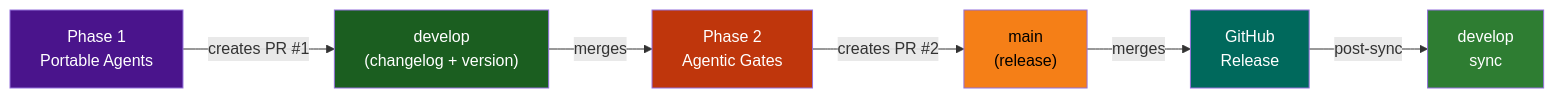
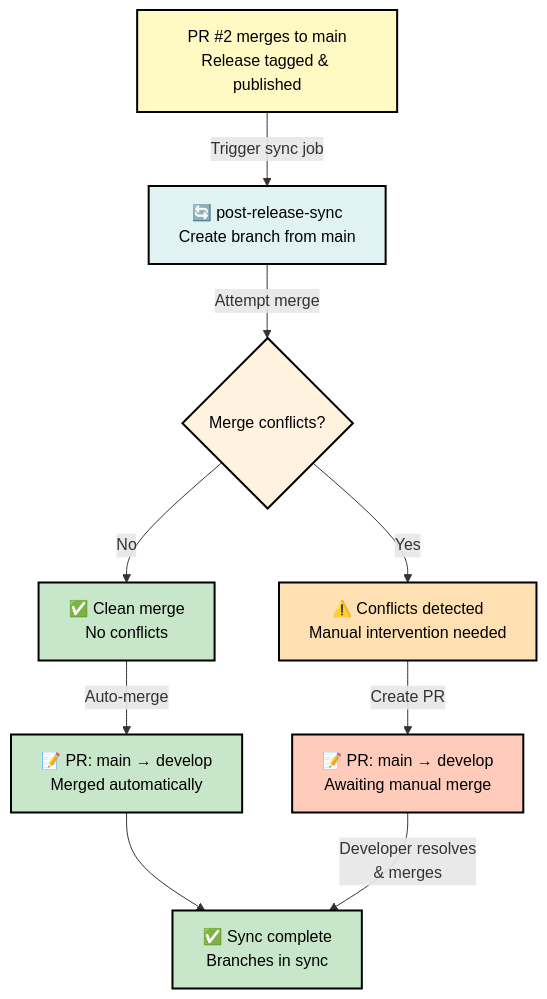
Before and after one commit to lightspeedwp/.github: the third of 4 diagrams in docs/RELEASE_PROCESS.md, drawn with Mermaid. The commit also changed other lines of this file and 1240 other files, not shown here.

First line of the commit message:
feat: Project Meta Sync Agent v2 — Phase 5B Complete (Spec, Prompt, Package, Tests) (#1976)

````diff
--- a/docs/RELEASE_PROCESS.md
+++ b/docs/RELEASE_PROCESS.md
@@ -49,17 +289,22 @@
 ```mermaid
-graph LR
-  accTitle: Two-Phase Release Process
-  accDescr: Phase 1 creates PR on develop with changelog and version, Phase 2 creates PR on main for release
-    A["Phase 1<br/>Portable Agents"] -->|creates PR #1| B["develop<br/>(changelog + version)"]
-    B -->|merges| C["Phase 2<br/>Agentic Gates"]
-    C -->|creates PR #2| D["main<br/>(release)"]
-    D -->|merges| E["GitHub<br/>Release"]
-    E -->|post-sync| F["develop<br/>sync"]
+flowchart TD
+    accTitle: Post-release sync flow
+    accDescr: Automatic merge of main into develop after release, handling conflicts with manual PR if needed
+    A["PR #2 merges to main<br/>Release tagged & published"] -->|Trigger sync job| B["🔄 post-release-sync<br/>Create branch from main"]
+    B -->|Attempt merge| C{Merge conflicts?}
+    C -->|No| D["✅ Clean merge<br/>No conflicts"]
+    C -->|Yes| E["⚠️ Conflicts detected<br/>Manual intervention needed"]
+    D -->|Auto-merge| F["📝 PR: main → develop<br/>Merged automatically"]
+    F --> G["✅ Sync complete<br/>Branches in sync"]
+    E -->|Create PR| H["📝 PR: main → develop<br/>Awaiting manual merge"]
+    H -->|Developer resolves<br/>& merges| G
     
-    style A fill:#4a148c,color:#fff
-    style B fill:#1b5e20,color:#fff
-    style C fill:#bf360c,color:#fff
-    style D fill:#f57f17,color:#000
-    style E fill:#00695c,color:#fff
-    style F fill:#2e7d32,color:#fff
+    style A fill:#fff9c4,color:#000,stroke:#000,stroke-width:2px
+    style B fill:#e0f2f1,color:#000,stroke:#000,stroke-width:2px
+    style C fill:#fff3e0,color:#000,stroke:#000,stroke-width:2px
+    style D fill:#c8e6c9,color:#000,stroke:#000,stroke-width:2px
+    style E fill:#ffe0b2,color:#000,stroke:#000,stroke-width:2px
+    style F fill:#c8e6c9,color:#000,stroke:#000,stroke-width:2px
+    style G fill:#c8e6c9,color:#000,stroke:#000,stroke-width:2px
+    style H fill:#ffccbc,color:#000,stroke:#000,stroke-width:2px
 ```
````
